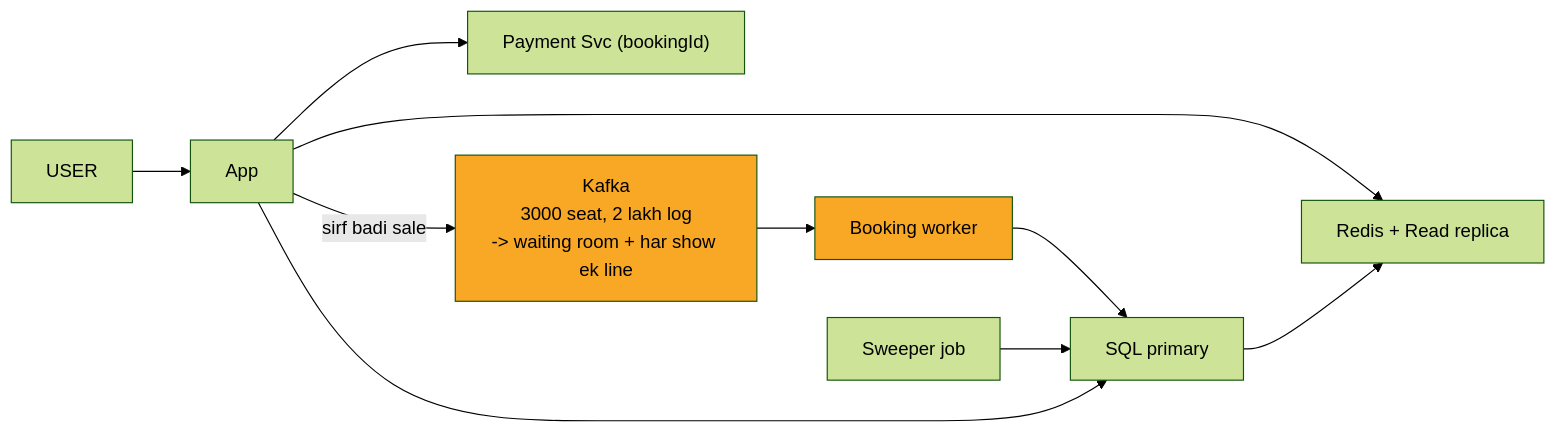
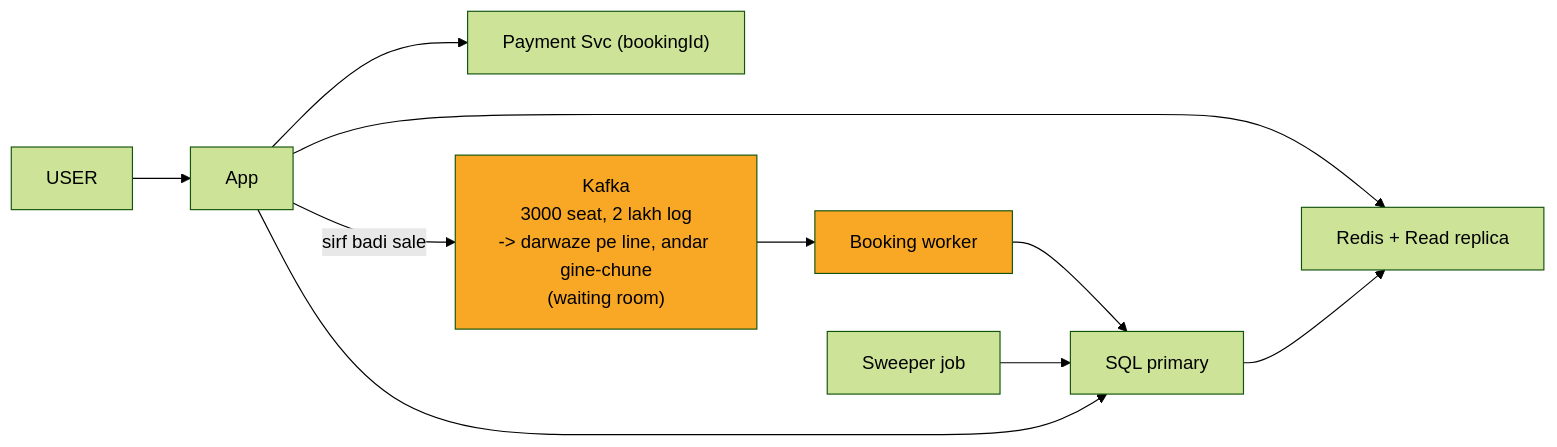
One commit to ArpanMaheshwari144/Prep changed the sixth of 9 diagrams in 04_HLD/SYSTEM_DESIGNS/09_bookmyshow/09_bookmyshow_INTERVIEW.md. Above: the diagram before and after it, drawn with Mermaid (forest theme). The commit also changed other lines of this file and 13 other files, not shown here.

````diff
--- a/04_HLD/SYSTEM_DESIGNS/09_bookmyshow/09_bookmyshow_INTERVIEW.md
+++ b/04_HLD/SYSTEM_DESIGNS/09_bookmyshow/09_bookmyshow_INTERVIEW.md
@@ -205,22 +205,22 @@
 ```mermaid
 flowchart LR
     n_USER["USER"]
     n_App["App"]
     n_Payment_Svc["Payment Svc (bookingId)"]
     n_RRR["Redis + Read replica"]
-    n_Kafka["Kafka<br/>3000 seat, 2 lakh log<br/>-> waiting room + har show ek line"]
+    n_Kafka["Kafka<br/>3000 seat, 2 lakh log<br/>-> darwaze pe line, andar gine-chune<br/>(waiting room)"]
     n_Booking_worker["Booking worker"]
     n_SQL_primary["SQL primary"]
     n_Sweeper_job["Sweeper job"]
     n_USER --> n_App
     n_App --> n_Payment_Svc
     n_App --> n_RRR
     n_App --> |sirf badi sale| n_Kafka
     n_Kafka --> n_Booking_worker
     n_Booking_worker --> n_SQL_primary
     n_Sweeper_job --> n_SQL_primary
     n_App --> n_SQL_primary
     n_SQL_primary --> n_RRR
     style n_Kafka fill:#f9a825,color:#000
     style n_Booking_worker fill:#f9a825,color:#000
 ```
````
